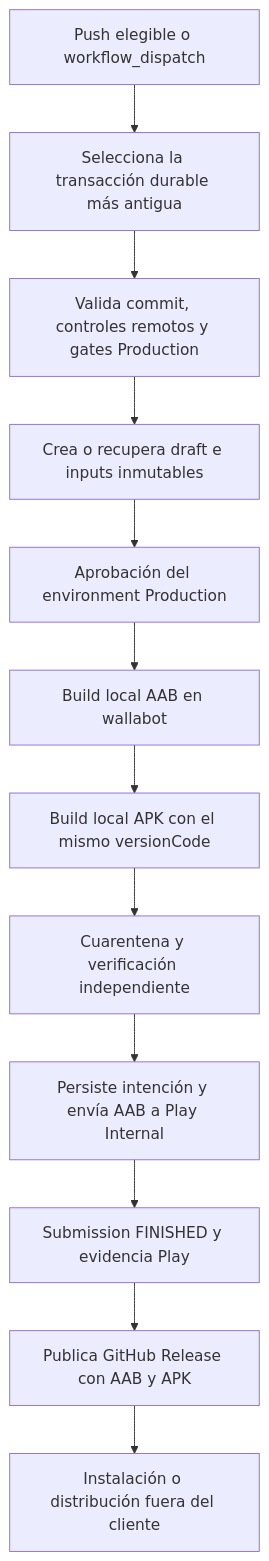
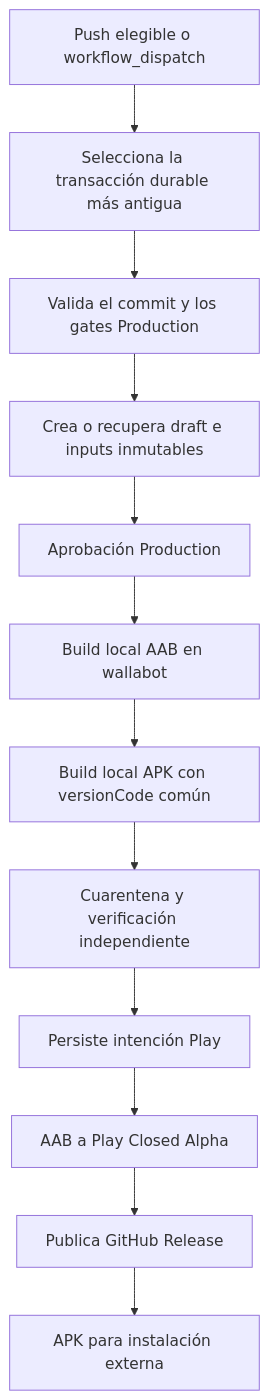
Before and after one commit to maximofn/gymnasia: the second of 2 diagrams in openwiki/integrations/vivagym-and-updates.md, drawn with Mermaid. The commit also changed other lines of this file and 55 other files, not shown here.

````diff
--- a/openwiki/integrations/vivagym-and-updates.md
+++ b/openwiki/integrations/vivagym-and-updates.md
@@ -109,14 +105,14 @@
 ```mermaid
 flowchart TD
     Trigger["Push elegible o workflow_dispatch"] --> Select["Selecciona la transacción durable más antigua"]
-    Select --> Source["Valida commit, controles remotos y gates Production"]
+    Select --> Source["Valida el commit y los gates Production"]
     Source --> Draft["Crea o recupera draft e inputs inmutables"]
-    Draft --> Approval["Aprobación del environment Production"]
-    Approval --> BuildAAB["Build local AAB en wallabot"]
-    BuildAAB --> BuildAPK["Build local APK con el mismo versionCode"]
-    BuildAPK --> Quarantine["Cuarentena y verificación independiente"]
-    Quarantine --> PlayIntent["Persiste intención y envía AAB a Play Internal"]
-    PlayIntent --> PlayDone["Submission FINISHED y evidencia Play"]
-    PlayDone --> Publish["Publica GitHub Release con AAB y APK"]
-    Publish --> External["Instalación o distribución fuera del cliente"]
+    Draft --> Approval["Aprobación Production"]
+    Approval --> Aab["Build local AAB en wallabot"]
+    Aab --> Apk["Build local APK con versionCode común"]
+    Apk --> Verify["Cuarentena y verificación independiente"]
+    Verify --> Intent["Persiste intención Play"]
+    Intent --> Alpha["AAB a Play Closed Alpha"]
+    Alpha --> Publish["Publica GitHub Release"]
+    Publish --> External["APK para instalación externa"]
 ```
````
